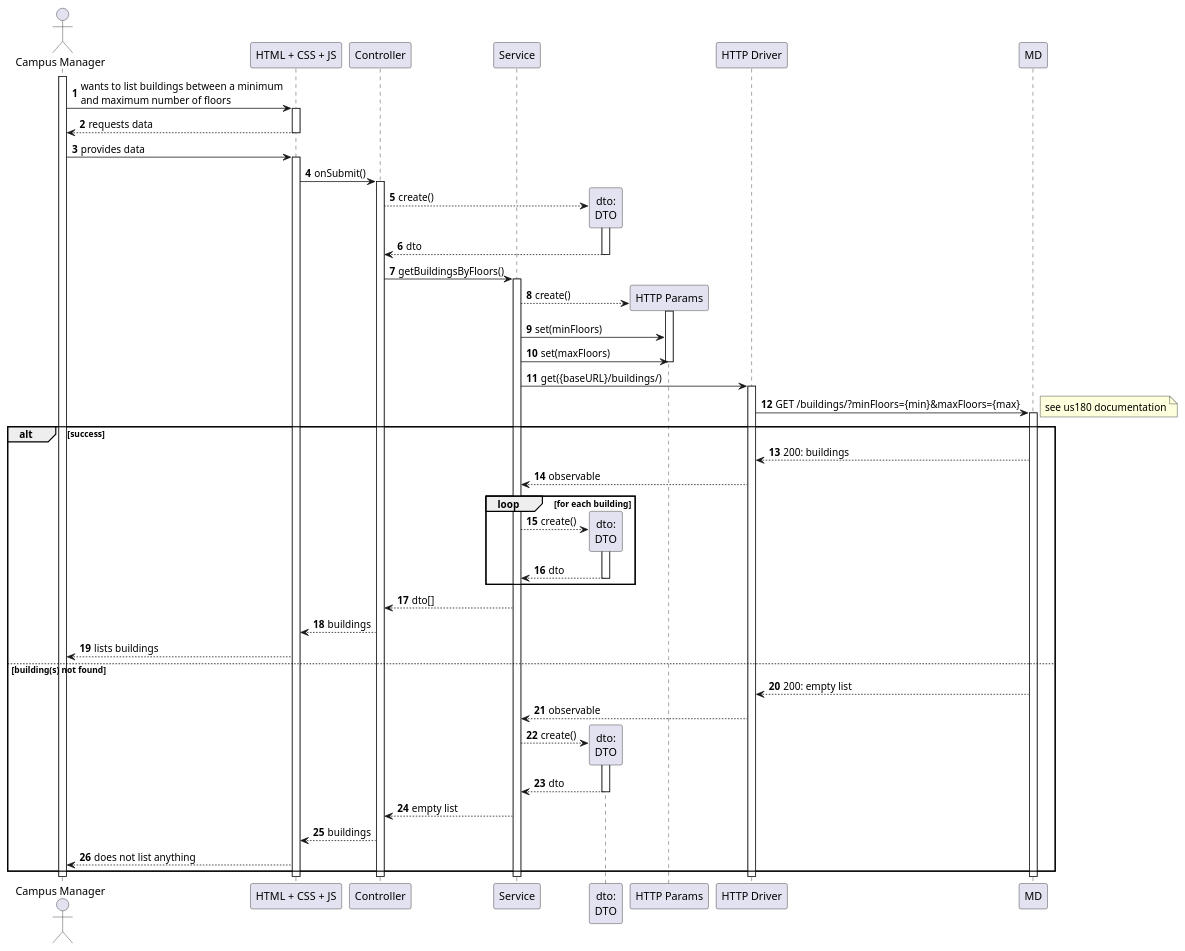
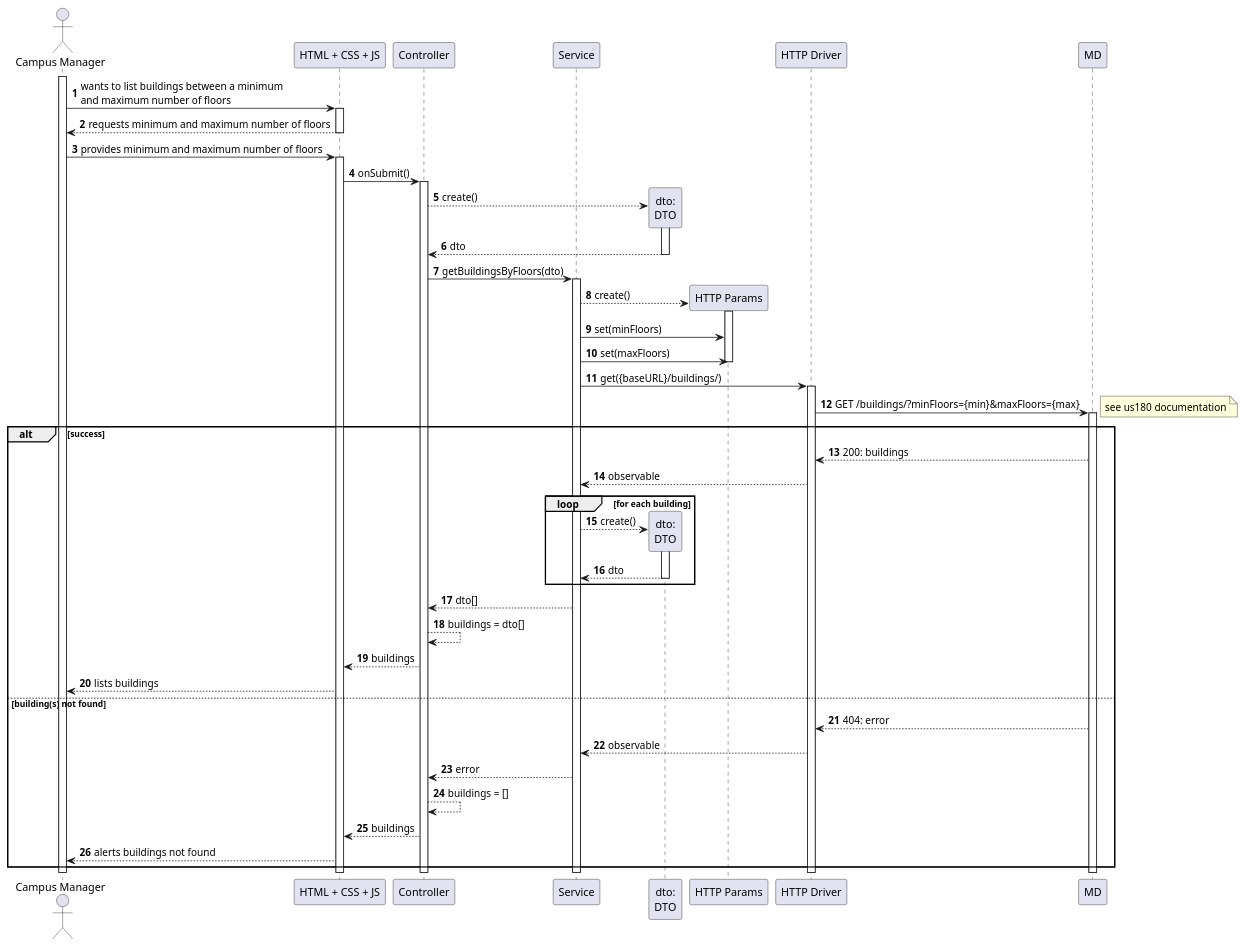
One commit to Departamento-de-Engenharia-Informatica/lapr5-23-24-g19 changed the diagram in docs/us1080/level3/process-view.puml. Above: the diagram before and after it, drawn with PlantUML. The commit also changed 7 other files, not shown here.

```diff
--- a/docs/us1080/level3/process-view.puml
+++ b/docs/us1080/level3/process-view.puml
@@ -1,85 +1,76 @@
 @startuml
 autonumber
 
 actor "Campus Manager" as usr
 
 participant "HTML + CSS + JS" as view
 participant "Controller" as ctrl
 participant "Service" as svc
 participant "dto:\nDTO" as dto
 
 participant "HTTP Params" as params
 participant "HTTP Driver" as http
 
 participant "MD" as md
 
 activate usr
     usr -> view : wants to list buildings between a minimum\nand maximum number of floors
     activate view
-        view --> usr : requests data
+        view --> usr : requests minimum and maximum number of floors
     deactivate view
 
-    usr -> view : provides data
+    usr -> view : provides minimum and maximum number of floors
     activate view
         view -> ctrl : onSubmit()
         activate ctrl
             ctrl --> dto** : create()
             activate dto
                 dto --> ctrl : dto
             deactivate dto
 
-            ctrl -> svc : getBuildingsByFloors()
+            ctrl -> svc : getBuildingsByFloors(dto)
             activate svc
                 svc --> params** : create()
                 activate params
                     svc -> params : set(minFloors)
                     svc -> params : set(maxFloors)
                 deactivate params
 
                 svc -> http : get({baseURL}/buildings/)
                 activate http
                     http -> md : GET /buildings/?minFloors={min}&maxFloors={max}
                     activate md
                         note right : see us180 documentation
                         alt success
                             md --> http : 200: buildings
                             http --> svc : observable
 
                             loop for each building
                                 svc --> dto** : create()
                                 activate dto
                                     dto --> svc : dto
                                 deactivate dto
                             end
 
                             svc --> ctrl : dto[]
+                            ctrl --> ctrl : buildings = dto[]
                             ctrl --> view : buildings
                             view --> usr : lists buildings
                         else building(s) not found
-                            md --> http : 200: empty list
+                            md --> http : 404: error
                             http --> svc : observable
 
-                            svc --> dto** : create()
-                            activate dto
-                                dto --> svc : dto
-                            deactivate dto
-
-                            svc --> ctrl : empty list
+                            svc --> ctrl : error
+                            ctrl --> ctrl : buildings = []
                             ctrl --> view : buildings
-                            view --> usr : does not list anything
+                            view --> usr : alerts buildings not found
                         end
                     deactivate md
                 deactivate http
             deactivate svc
         deactivate ctrl
-
-
-
-
-
-
     deactivate view
 deactivate usr
 
 
 @enduml
```
